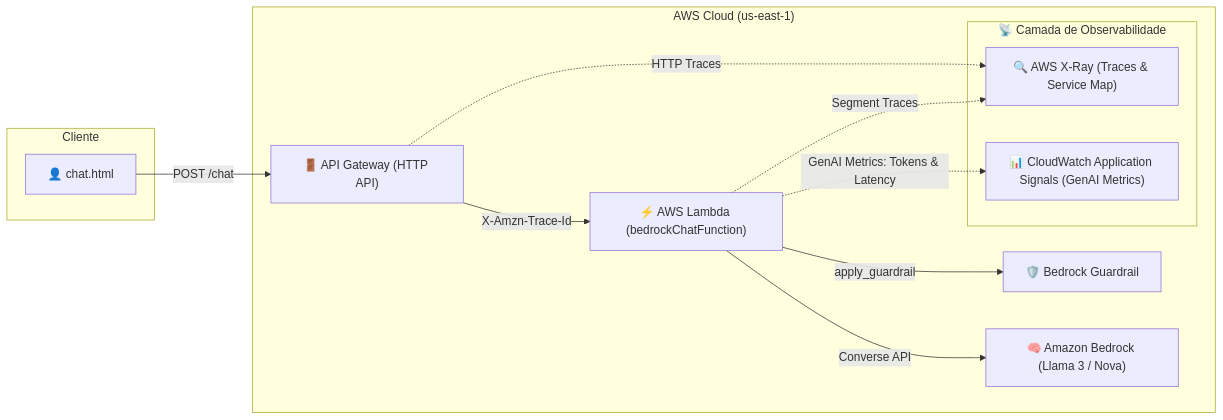
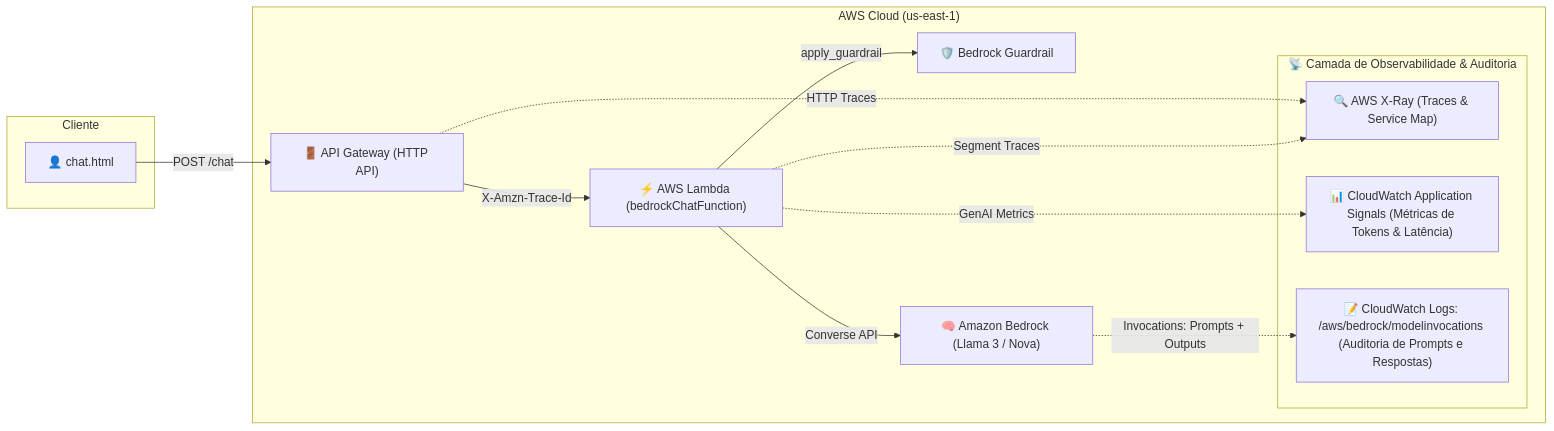
The diagram in labs/LAB05_Observability_XRay_ApplicationSignals.md (LeandroOSBr/bedrockChat), drawn with Mermaid before and after one commit. The commit also changed other lines of this file, not shown here.

Commit message:
feat: integrar Model Invocation Logging ao LAB 05 completando a triade de observabilidade

````diff
--- a/labs/LAB05_Observability_XRay_ApplicationSignals.md
+++ b/labs/LAB05_Observability_XRay_ApplicationSignals.md
@@ -18,27 +21,29 @@
 ```mermaid
 flowchart LR
     subgraph Cliente
         A["👤 chat.html"]
     end
 
     subgraph AWS_Cloud ["AWS Cloud (us-east-1)"]
         B["🚪 API Gateway (HTTP API)"]
         C["⚡ AWS Lambda (bedrockChatFunction)"]
         D["🛡️ Bedrock Guardrail"]
         E["🧠 Amazon Bedrock (Llama 3 / Nova)"]
         
-        subgraph Telemetria ["📡 Camada de Observabilidade"]
+        subgraph Telemetria ["📡 Camada de Observabilidade & Auditoria"]
             F["🔍 AWS X-Ray (Traces & Service Map)"]
-            G["📊 CloudWatch Application Signals (GenAI Metrics)"]
+            G["📊 CloudWatch Application Signals (Métricas de Tokens & Latência)"]
+            H["📝 CloudWatch Logs: /aws/bedrock/modelinvocations (Auditoria de Prompts e Respostas)"]
         end
     end
 
     A -->|POST /chat| B
     B -->|X-Amzn-Trace-Id| C
     C -->|apply_guardrail| D
     C -->|Converse API| E
     
     B -.->|HTTP Traces| F
     C -.->|Segment Traces| F
-    C -.->|GenAI Metrics: Tokens & Latency| G
+    C -.->|GenAI Metrics| G
+    E -.->|Invocations: Prompts + Outputs| H
 ```
````
